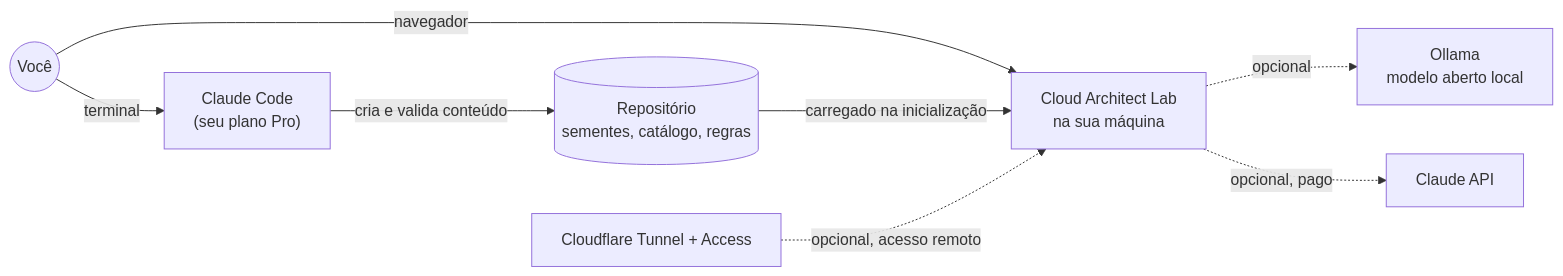
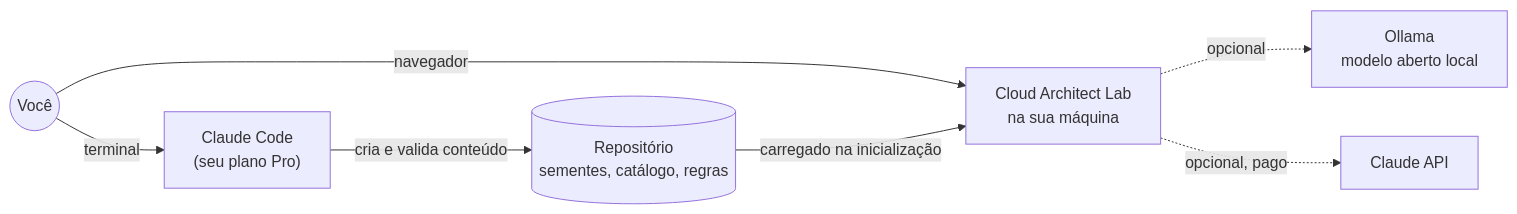
Before and after one commit to luigiconsentino7/Cloud_Architect_Lab: the first of 3 diagrams in docs/spec/03-arquitetura.md, drawn with Mermaid. The commit also changed other lines of this file and 9 other files, not shown here.

````diff
--- a/docs/spec/03-arquitetura.md
+++ b/docs/spec/03-arquitetura.md
@@ -16,10 +16,9 @@
 ```mermaid
 flowchart LR
     U(("Você")) -->|navegador| APP["Cloud Architect Lab<br/>na sua máquina"]
     U -->|terminal| CC["Claude Code<br/>(seu plano Pro)"]
     CC -->|cria e valida conteúdo| REPO[("Repositório<br/>sementes, catálogo, regras")]
     REPO -->|carregado na inicialização| APP
     APP -.->|opcional| OLL["Ollama<br/>modelo aberto local"]
     APP -.->|opcional, pago| ANT["Claude API"]
-    CF["Cloudflare Tunnel + Access"] -.->|"opcional, acesso remoto"| APP
 ```
````
